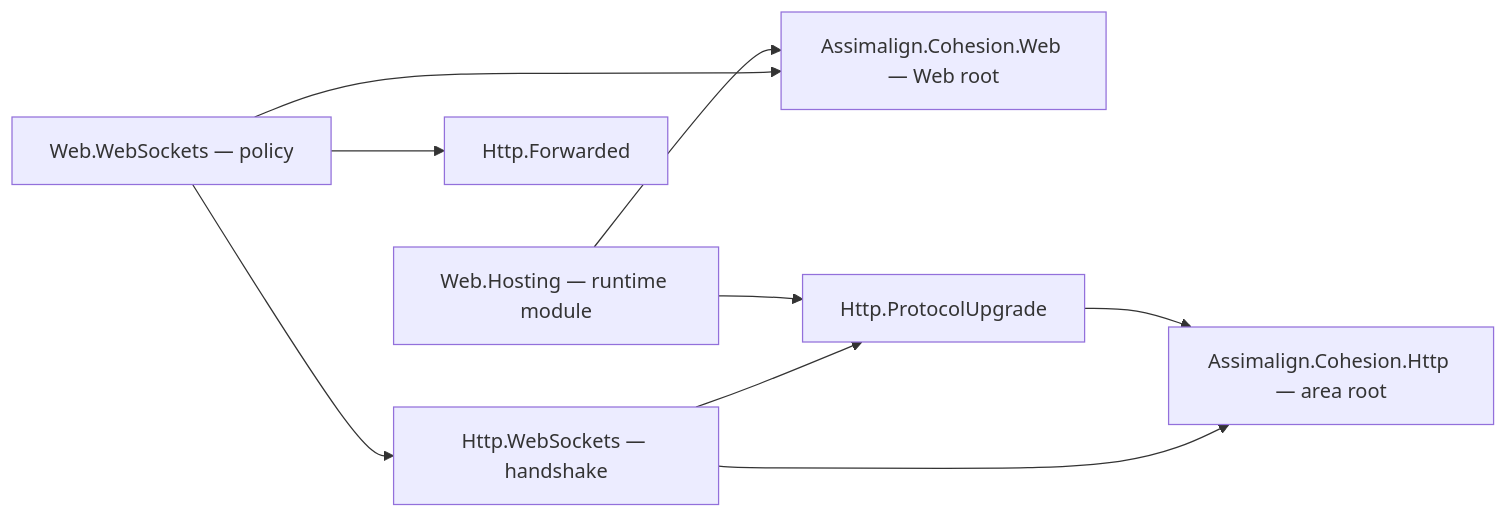
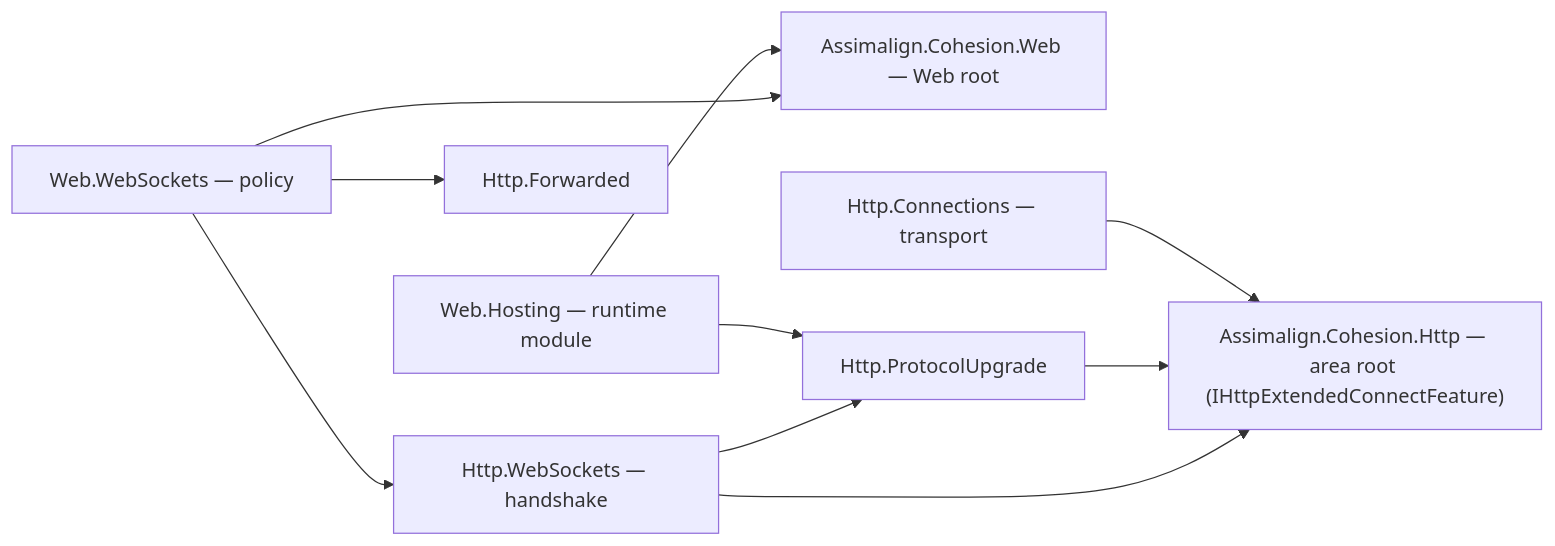
One commit to assimalign/cohesion changed the first of 3 diagrams in libraries/Http/Assimalign.Cohesion.Http.WebSockets/docs/DESIGN.md. Above: the diagram before and after it, drawn with Mermaid. The commit also changed other lines of this file and 22 other files, not shown here.

First line of the commit message:
feat(web): add server WebSockets over HTTP/2 and HTTP/3 [L01.01.11.35]

````diff
--- a/libraries/Http/Assimalign.Cohesion.Http.WebSockets/docs/DESIGN.md
+++ b/libraries/Http/Assimalign.Cohesion.Http.WebSockets/docs/DESIGN.md
@@ -33,11 +36,12 @@
 ```mermaid
 flowchart LR
     Policy["Web.WebSockets — policy"] --> Sockets["Http.WebSockets — handshake"]
     Policy --> Web["Assimalign.Cohesion.Web — Web root"]
     Policy --> Forwarded["Http.Forwarded"]
     Sockets --> Upgrade["Http.ProtocolUpgrade"]
-    Sockets --> Http["Assimalign.Cohesion.Http — area root"]
+    Sockets --> Http["Assimalign.Cohesion.Http — area root (IHttpExtendedConnectFeature)"]
     Upgrade --> Http
+    Transport["Http.Connections — transport"] --> Http
     Hosting["Web.Hosting — runtime module"] --> Upgrade
     Hosting --> Web
 ```
````
